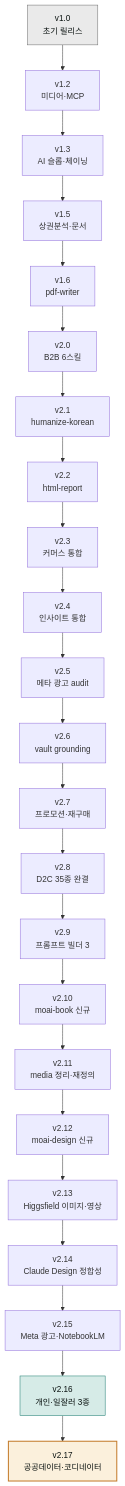
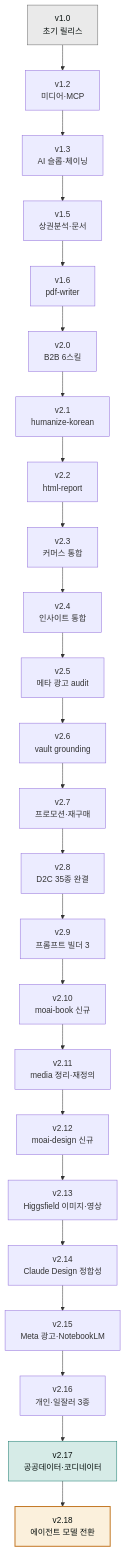
Before and after one commit to modu-ai/claude: the diagram in content/releases/_index.md, drawn with Mermaid. The commit also changed other lines of this file and 7 other files, not shown here.

````diff
--- a/content/releases/_index.md
+++ b/content/releases/_index.md
@@ -9,29 +9,30 @@
 ```mermaid
 flowchart TD
     V10["v1.0<br/>초기 릴리스"] --> V12["v1.2<br/>미디어·MCP"]
     V12 --> V13["v1.3<br/>AI 슬롭·체이닝"]
     V13 --> V15["v1.5<br/>상권분석·문서"]
     V15 --> V16["v1.6<br/>pdf-writer"]
     V16 --> V20["v2.0<br/>B2B 6스킬"]
     V20 --> V21["v2.1<br/>humanize-korean"]
     V21 --> V22["v2.2<br/>html-report"]
     V22 --> V23["v2.3<br/>커머스 통합"]
     V23 --> V24["v2.4<br/>인사이트 통합"]
     V24 --> V25["v2.5<br/>메타 광고 audit"]
     V25 --> V26["v2.6<br/>vault grounding"]
     V26 --> V27["v2.7<br/>프로모션·재구매"]
     V27 --> V28["v2.8<br/>D2C 35종 완결"]
     V28 --> V29["v2.9<br/>프롬프트 빌더 3"]
     V29 --> V210["v2.10<br/>moai-book 신규"]
     V210 --> V211["v2.11<br/>media 정리·재정의"]
     V211 --> V212["v2.12<br/>moai-design 신규"]
     V212 --> V213["v2.13<br/>Higgsfield 이미지·영상"]
     V213 --> V214["v2.14<br/>Claude Design 정합성"]
     V214 --> V215["v2.15<br/>Meta 광고·NotebookLM"]
     V215 --> V216["v2.16<br/>개인·일잘러 3종"]
     V216 --> V217["v2.17<br/>공공데이터·코디네이터"]
+    V217 --> V218["v2.18<br/>에이전트 모델 전환"]
 
     style V10 fill:#eaeaea,stroke:#6e6e6e,color:#09110f
-    style V216 fill:#d6ebe7,stroke:#1c7c70,color:#09110f
-    style V217 fill:#fbf0dc,stroke:#c47b2a,stroke-width:2px,color:#09110f
+    style V217 fill:#d6ebe7,stroke:#1c7c70,color:#09110f
+    style V218 fill:#fbf0dc,stroke:#c47b2a,stroke-width:2px,color:#09110f
 ```
````
